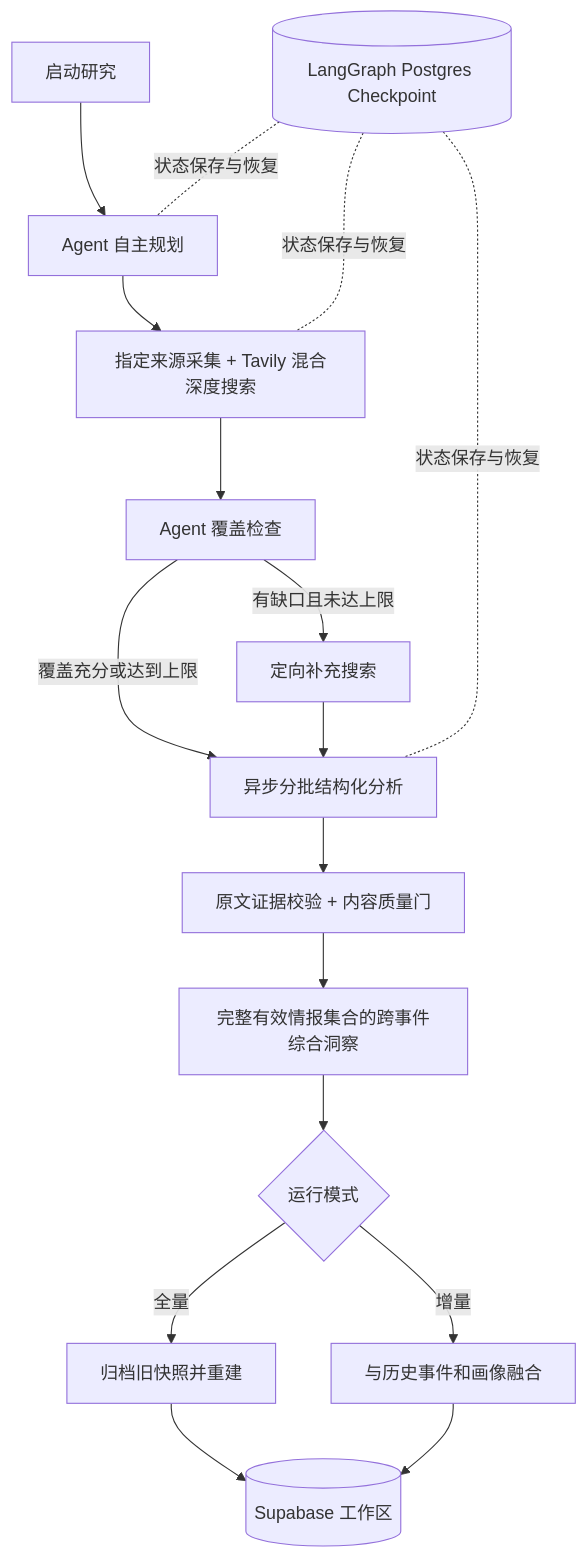
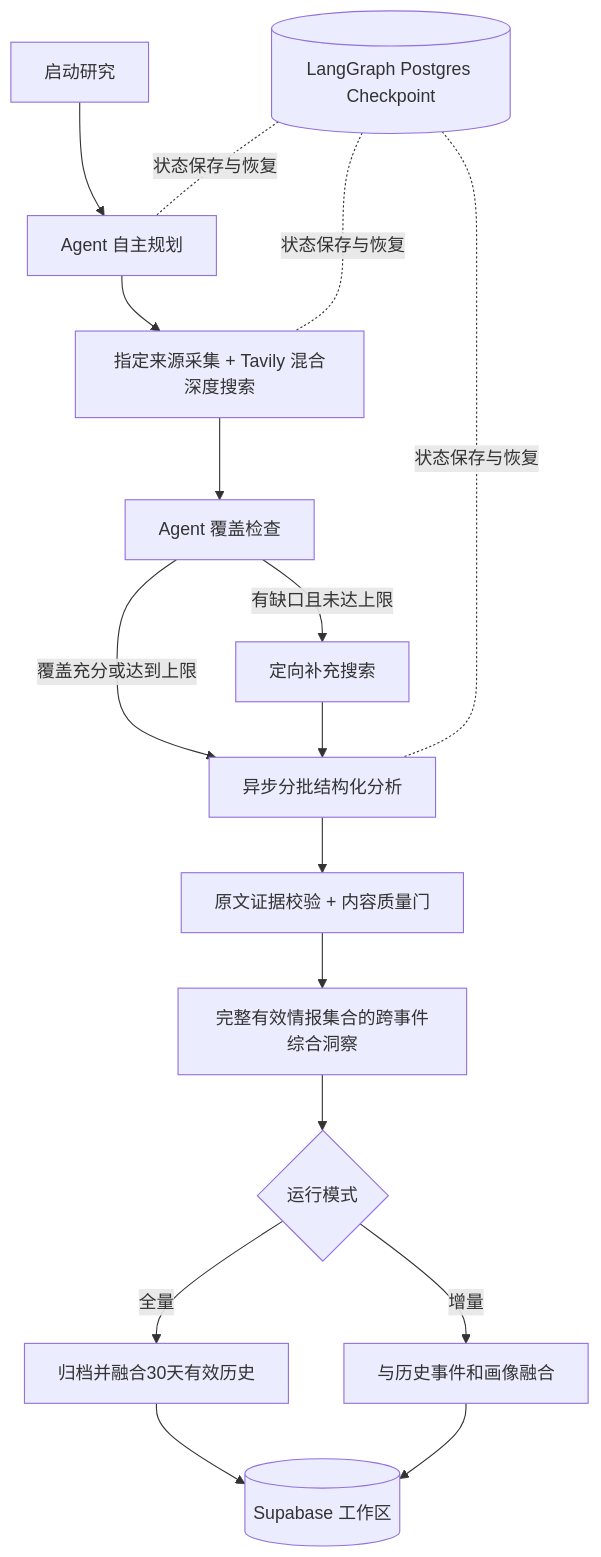
One commit to 335691851/Industrial-AI-research changed the diagram in 说明.md. Above: the diagram before and after it, drawn with Mermaid. The commit also changed other lines of this file and 7 other files, not shown here.

````diff
--- a/说明.md
+++ b/说明.md
@@ -84,19 +87,19 @@
 ```mermaid
 flowchart TD
   A[启动研究] --> P[Agent 自主规划]
   P --> C[指定来源采集 + Tavily 混合深度搜索]
   C --> G[Agent 覆盖检查]
   G -->|有缺口且未达上限| S[定向补充搜索]
   G -->|覆盖充分或达到上限| E[异步分批结构化分析]
   S --> E
   E --> V[原文证据校验 + 内容质量门]
   V --> J[完整有效情报集合的跨事件综合洞察]
   J --> M{运行模式}
-  M -->|全量| F[归档旧快照并重建]
+  M -->|全量| F[归档并融合30天有效历史]
   M -->|增量| I[与历史事件和画像融合]
   F --> D[(Supabase 工作区)]
   I --> D
   K[(LangGraph Postgres Checkpoint)] -. 状态保存与恢复 .- P
   K -. 状态保存与恢复 .- C
   K -. 状态保存与恢复 .- E
 ```
````
